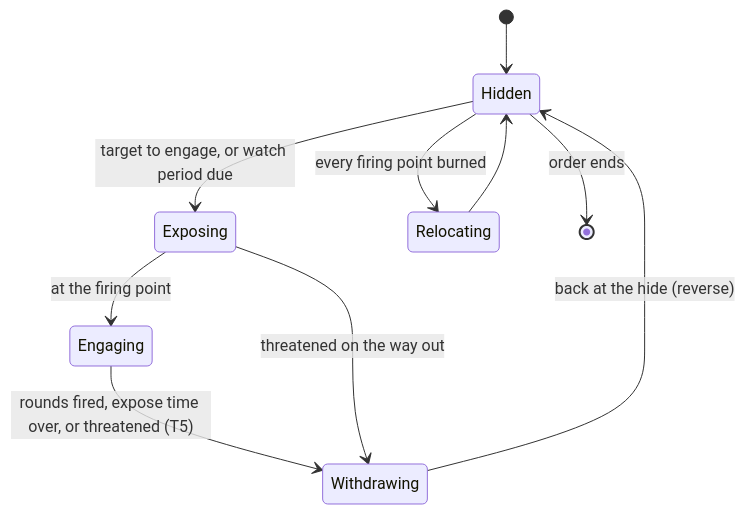
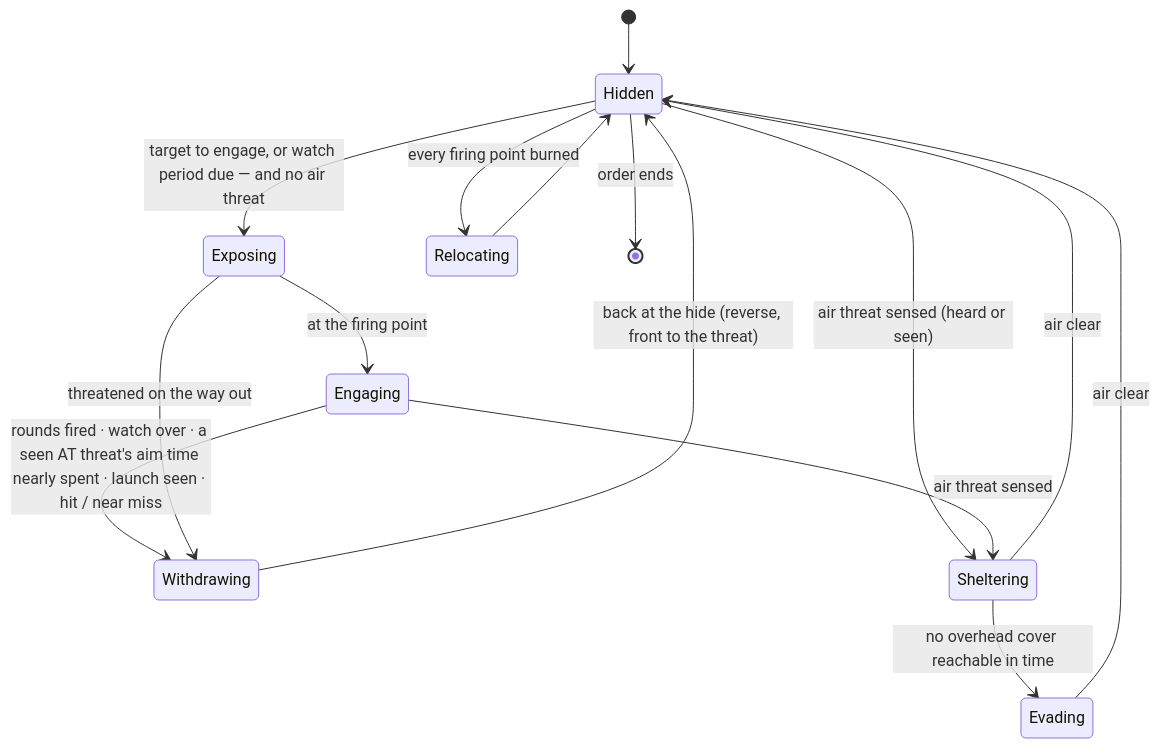
One commit to pjanec/HROT changed the second of 2 diagrams in docs/designs/vehicle-tactics/DESIGN_Urban_Armour_Tactics.md. Above: the diagram before and after it, drawn with Mermaid. The commit also changed other lines of this file and 4 other files, not shown here.

````diff
--- a/docs/designs/vehicle-tactics/DESIGN_Urban_Armour_Tactics.md
+++ b/docs/designs/vehicle-tactics/DESIGN_Urban_Armour_Tactics.md
@@ -94,12 +126,17 @@
 ```mermaid
 stateDiagram-v2
   [*] --> Hidden
-  Hidden --> Exposing : target to engage, or watch period due
+  Hidden --> Exposing : target to engage, or watch period due — and no air threat
   Exposing --> Engaging : at the firing point
-  Engaging --> Withdrawing : rounds fired, expose time over, or threatened (T5)
+  Engaging --> Withdrawing : rounds fired · watch over · a seen AT threat's aim time nearly spent · launch seen · hit / near miss
   Exposing --> Withdrawing : threatened on the way out
-  Withdrawing --> Hidden : back at the hide (reverse)
+  Withdrawing --> Hidden : back at the hide (reverse, front to the threat)
   Hidden --> Relocating : every firing point burned
   Relocating --> Hidden
+  Hidden --> Sheltering : air threat sensed (heard or seen)
+  Engaging --> Sheltering : air threat sensed
+  Sheltering --> Evading : no overhead cover reachable in time
+  Sheltering --> Hidden : air clear
+  Evading --> Hidden : air clear
   Hidden --> [*] : order ends
 ```
````
